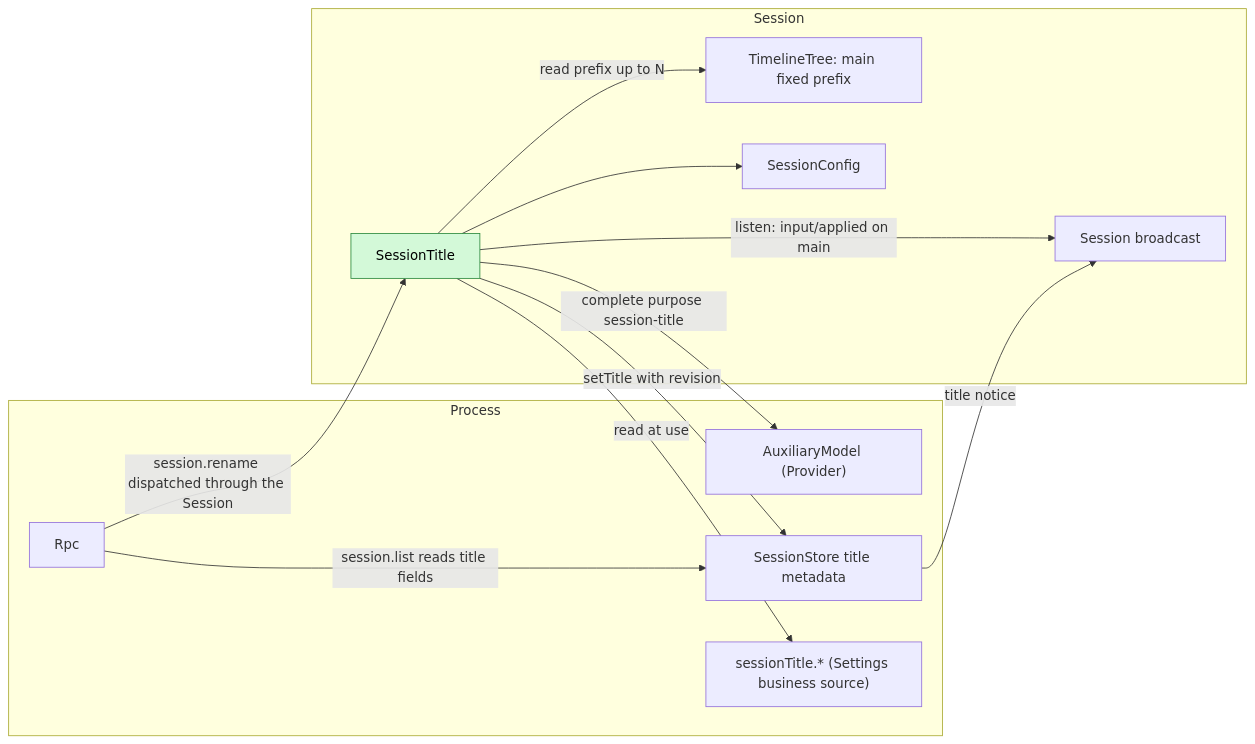
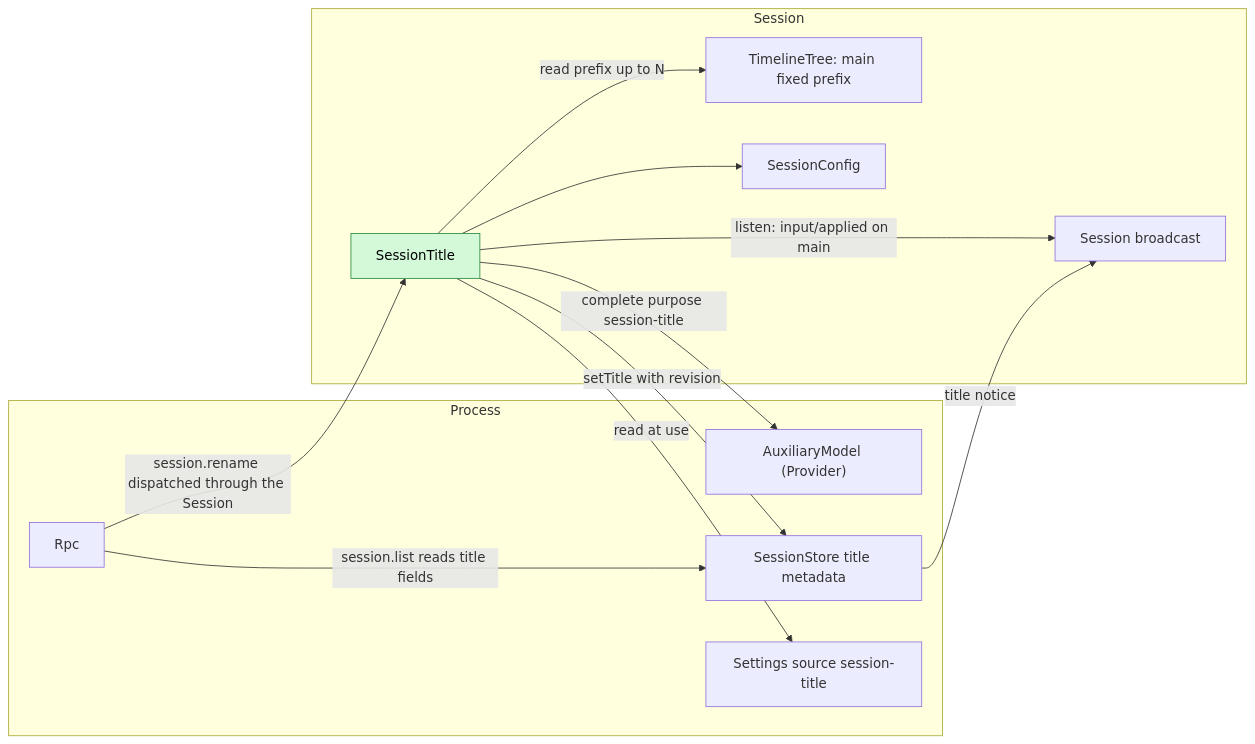
One commit to CoutinhoTTS/dim-agent changed the first of 5 diagrams in docs/design/plugins/SessionTitle.md. Above: the diagram before and after it, drawn with Mermaid. The commit also changed other lines of this file and 27 other files, not shown here.

````diff
--- a/docs/design/plugins/SessionTitle.md
+++ b/docs/design/plugins/SessionTitle.md
@@ -9,25 +9,25 @@
 ```mermaid
 flowchart LR
   subgraph PROC["Process"]
     AUX["AuxiliaryModel (Provider)"]
     META["SessionStore title metadata"]
-    Settings["sessionTitle.* (Settings business source)"]
+    Settings["Settings source session-title"]
     Rpc["Rpc"]
   end
   subgraph SESS["Session"]
     ST["SessionTitle"]:::new
     SB["Session broadcast"]
     TT["TimelineTree: main fixed prefix"]
     CFG["SessionConfig"]
   end
   ST -->|"listen: input/applied on main"| SB
   ST -->|"read prefix up to N"| TT
   ST --> CFG
   ST -->|"complete purpose session-title"| AUX
   ST -->|"setTitle with revision"| META
   META -->|"title notice"| SB
   ST -->|"read at use"| Settings
   Rpc -->|"session.rename dispatched through the Session"| ST
   Rpc -->|"session.list reads title fields"| META
   classDef new fill:#d3f9d8,stroke:#2b8a3e,color:#000
 ```
````
